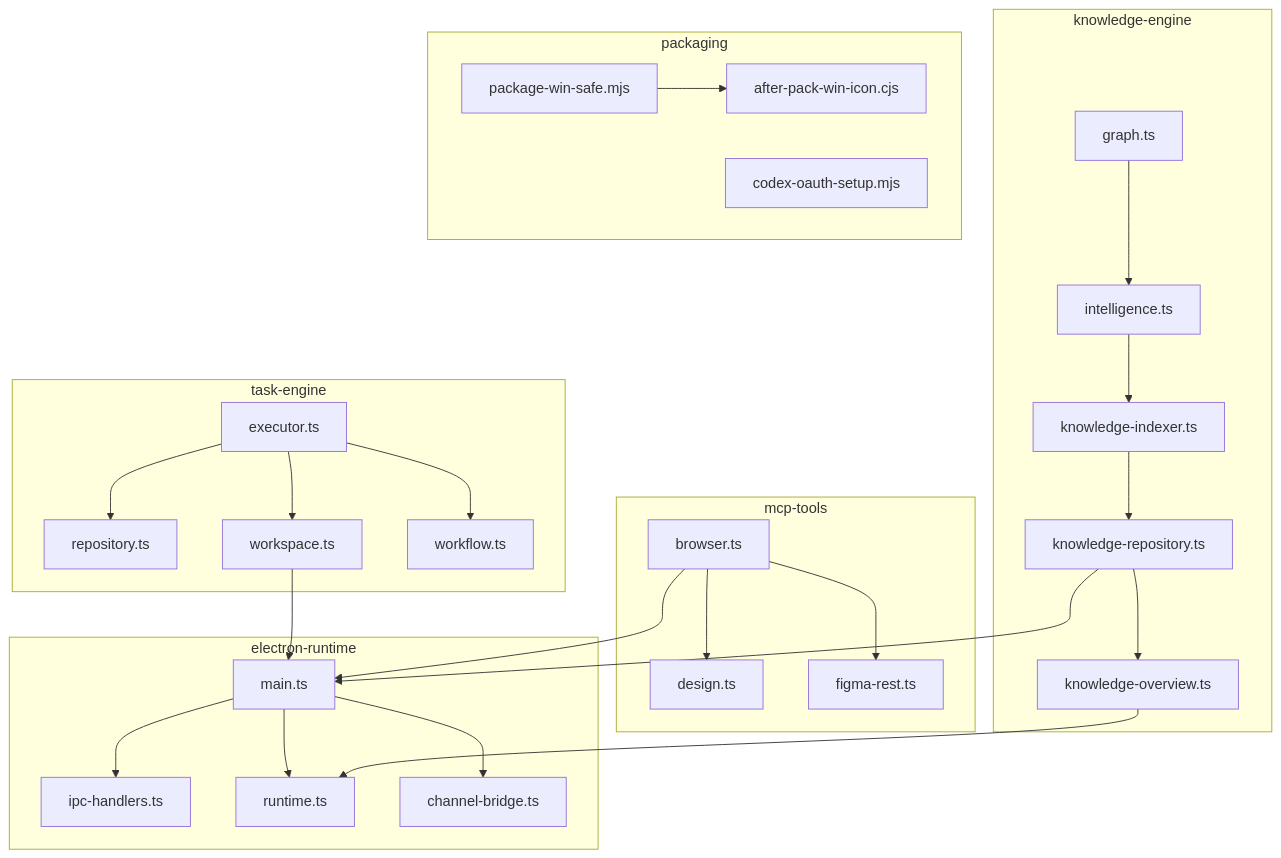
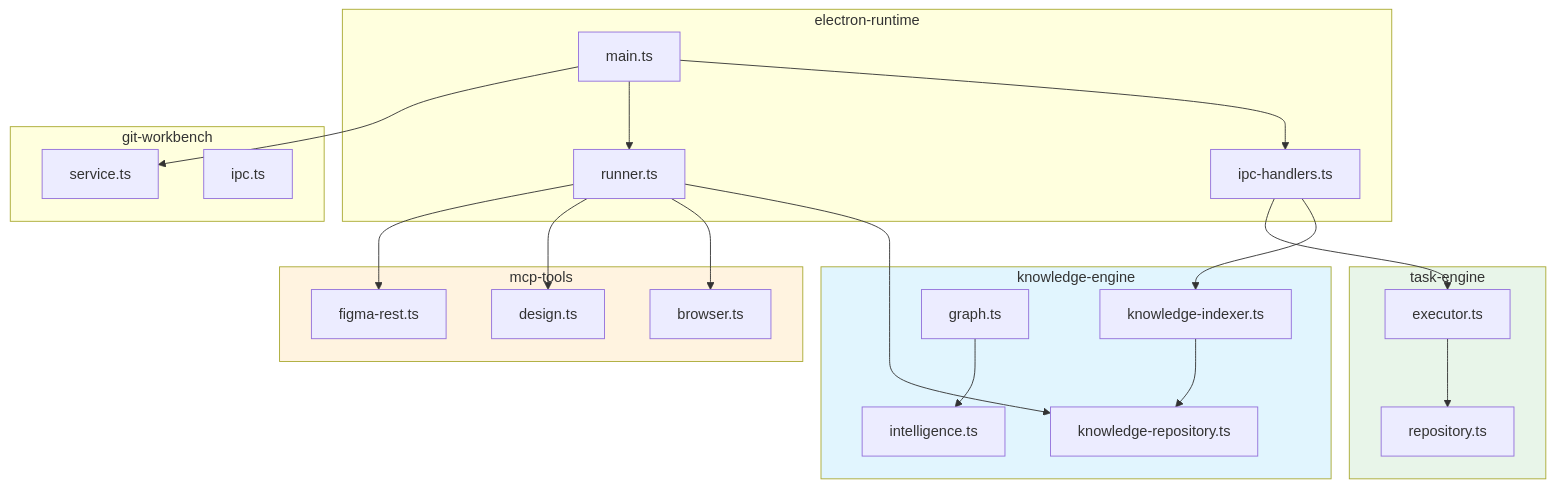
Before and after one commit to lst016/tech-cc-hub: the diagram in .tech/repowiki/zh/content/核心模块规格/核心模块规格.md, drawn with Mermaid. The commit also changed other lines of this file and 62 other files, not shown here.

````diff
--- a/.tech/repowiki/zh/content/核心模块规格/核心模块规格.md
+++ b/.tech/repowiki/zh/content/核心模块规格/核心模块规格.md
@@ -697,36 +186,48 @@
 ```mermaid
 graph TD
-    subgraph electron-runtime
-        A[main.ts] --> B[ipc-handlers.ts]
-        A --> C[runtime.ts]
-        A --> D[channel-bridge.ts]
+    subgraph electron-runtime["electron-runtime"]
+        E1[main.ts]
+        E2[ipc-handlers.ts]
+        E3[runner.ts]
     end
 
-    subgraph mcp-tools
-        E[browser.ts] --> A
-        E --> F[design.ts]
-        E --> G[figma-rest.ts]
+    subgraph knowledge-engine["knowledge-engine"]
+        K1[knowledge-indexer.ts]
+        K2[knowledge-repository.ts]
+        K3[graph.ts]
+        K4[intelligence.ts]
     end
 
-    subgraph knowledge-engine
-        H[graph.ts] --> I[intelligence.ts]
-        I --> J[knowledge-indexer.ts]
-        J --> K[knowledge-repository.ts]
-        K --> L[knowledge-overview.ts]
+    subgraph mcp-tools["mcp-tools"]
+        M1[browser.ts]
+        M2[design.ts]
+        M3[figma-rest.ts]
     end
 
-    subgraph task-engine
-        M[executor.ts] --> N[repository.ts]
-        M --> O[workspace.ts]
-        M --> P[workflow.ts]
+    subgraph task-engine["task-engine"]
+        T1[executor.ts]
+        T2[repository.ts]
     end
 
-    subgraph packaging
-        Q[package-win-safe.mjs] --> R[after-pack-win-icon.cjs]
-        S[codex-oauth-setup.mjs]
+    subgraph git-workbench["git-workbench"]
+        G1[service.ts]
+        G2[ipc.ts]
     end
 
-    K --> A
-    L --> C
-    O --> A
+    E1 --> E2
+    E1 --> E3
+    E2 --> K1
+    E2 --> T1
+    E3 --> K2
+    E3 --> M1
+    E3 --> M2
+    E3 --> M3
+    K3 --> K4
+    K1 --> K2
+    T1 --> T2
+    E1 --> G1
+
+    style knowledge-engine fill:#e1f5fe
+    style mcp-tools fill:#fff3e0
+    style task-engine fill:#e8f5e9
 ```
````
